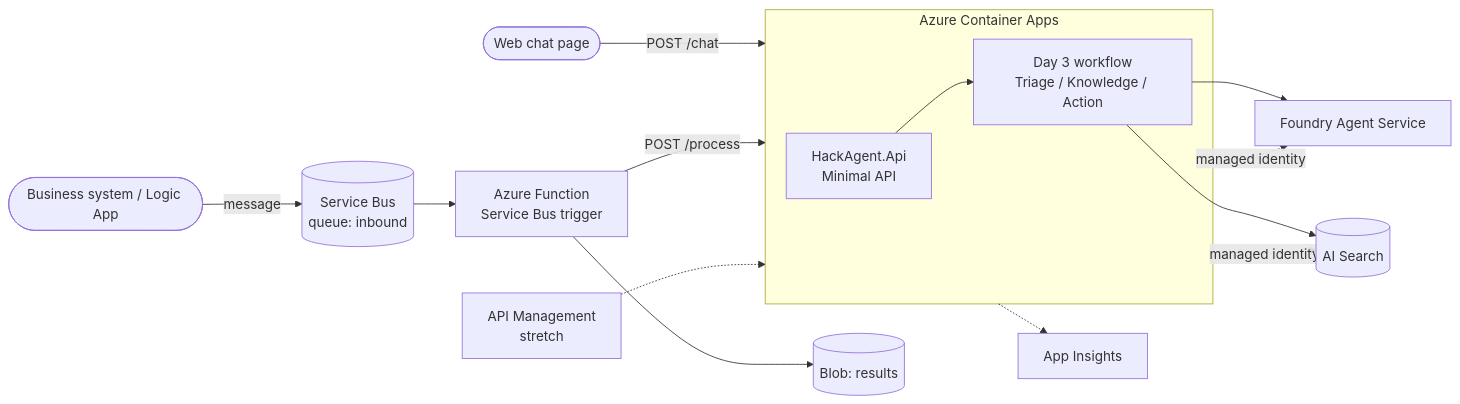
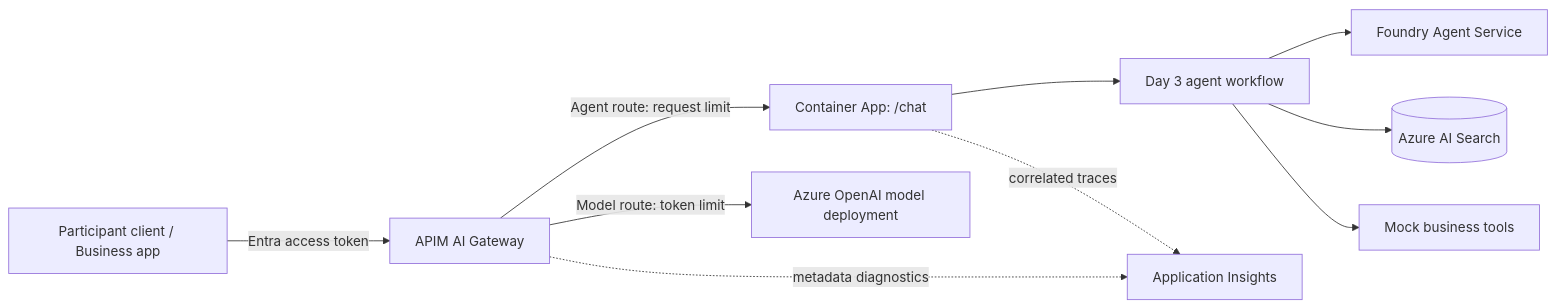
The diagram in event-plan/day-4.md (csajmishra/AI-Hack), drawn with Mermaid before and after one commit. The commit also changed other lines of this file and 2 other files, not shown here.

First line of the commit message:
docs: replace messaging lab with AI Gateway

````diff
--- a/event-plan/day-4.md
+++ b/event-plan/day-4.md
@@ -45,17 +56,12 @@
 ```mermaid
 flowchart LR
-    Web([Web chat page]) -->|POST /chat| ACA
-    Sys([Business system / Logic App]) -->|message| SB[(Service Bus<br/>queue: inbound)]
-    SB --> FN[Azure Function<br/>Service Bus trigger]
-    FN -->|POST /process| ACA
-    subgraph ACA[Azure Container Apps]
-        API[HackAgent.Api<br/>Minimal API] --> WF[Day 3 workflow<br/>Triage / Knowledge / Action]
-    end
+    User[Participant client / Business app] -->|Entra access token| GW[APIM AI Gateway]
+    GW -->|Agent route: request limit| API[Container App: /chat]
+    API --> WF[Day 3 agent workflow]
     WF --> FAS[Foundry Agent Service]
-    WF --> S[(AI Search)]
-    FN --> R[(Blob: results)]
-    ACA -. managed identity .-> FAS
-    ACA -. managed identity .-> S
-    APIM[API Management<br/>stretch] -.-> ACA
-    ACA -.-> AI[App Insights]
+    WF --> Search[(Azure AI Search)]
+    WF --> Tools[Mock business tools]
+    GW -->|Model route: token limit| Model[Azure OpenAI model deployment]
+    GW -. metadata diagnostics .-> Logs[Application Insights]
+    API -. correlated traces .-> Logs
 ```
````
